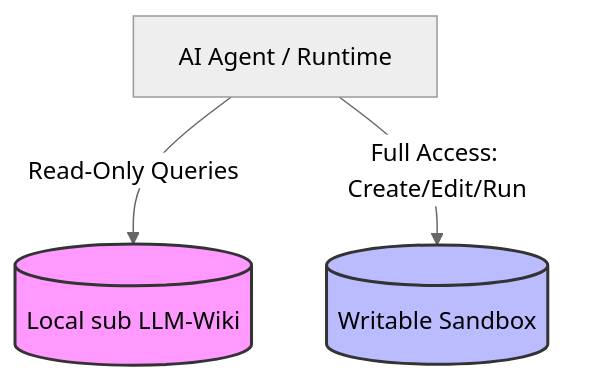
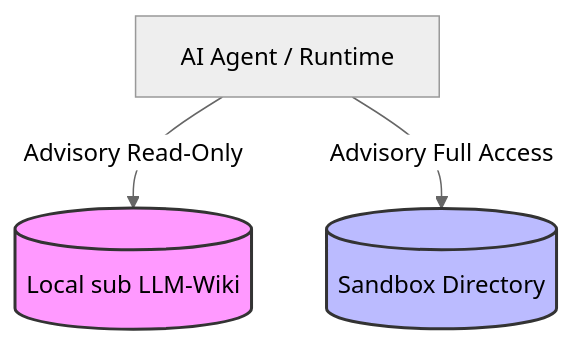
The diagram in docs/permission-model.md (JayGarland/llm-agent-experiments), drawn with Mermaid (neutral theme) before and after one commit. The commit also changed other lines of this file and 14 other files, not shown here.

````diff
--- a/docs/permission-model.md
+++ b/docs/permission-model.md
@@ -5,7 +5,7 @@
 ```mermaid
 graph TD
-    Agent[AI Agent / Runtime] -->|Read-Only Queries| Lib[(Local sub LLM-Wiki)]
-    Agent -->|Full Access: Create/Edit/Run| SB[(Writable Sandbox)]
+    Agent[AI Agent / Runtime] -->|Advisory Read-Only| Lib[(Local sub LLM-Wiki)]
+    Agent -->|Advisory Full Access| SB[(Sandbox Directory)]
     style Lib fill:#f9f,stroke:#333,stroke-width:2px,color:#000
     style SB fill:#bbf,stroke:#333,stroke-width:2px,color:#000
 ```
````
